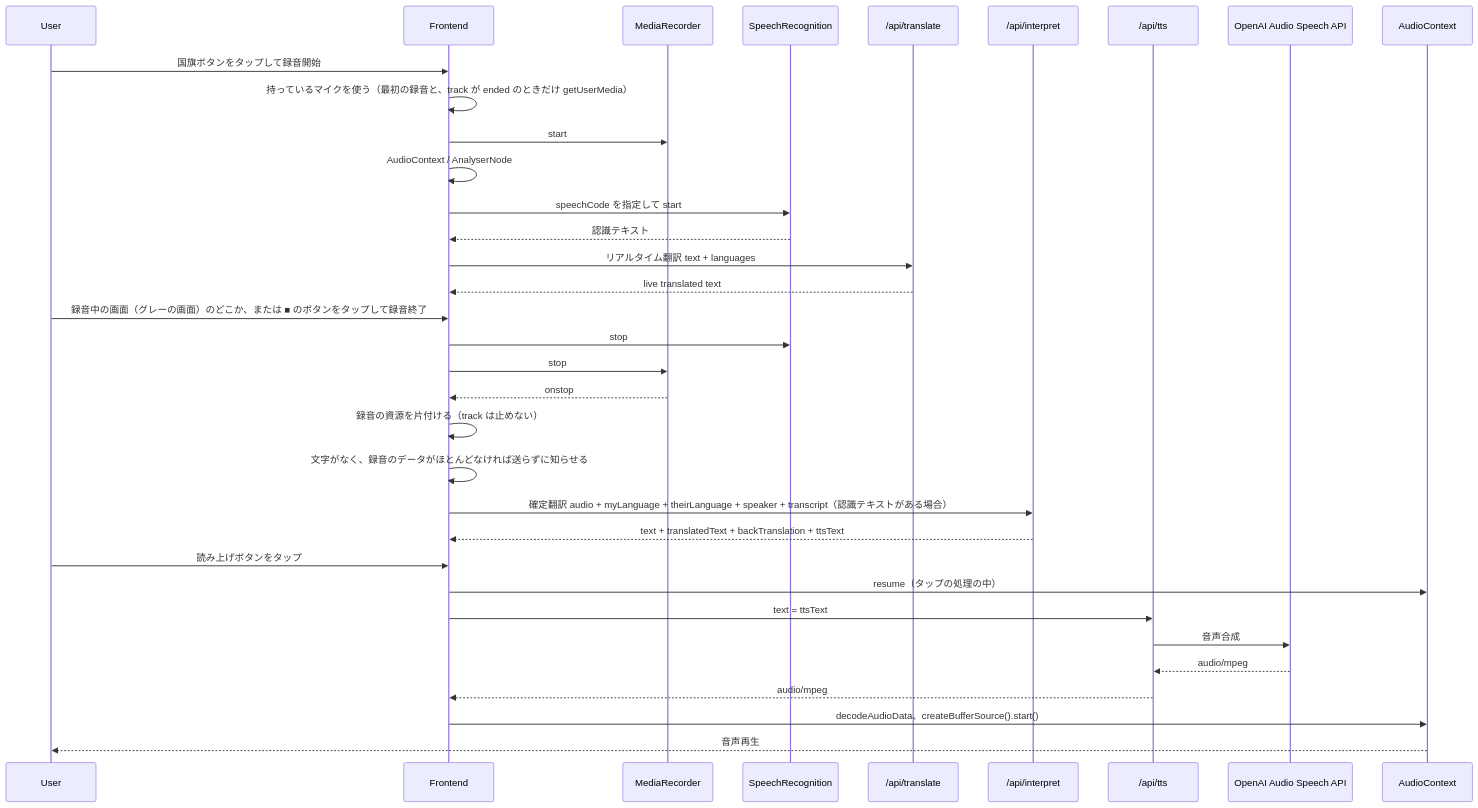
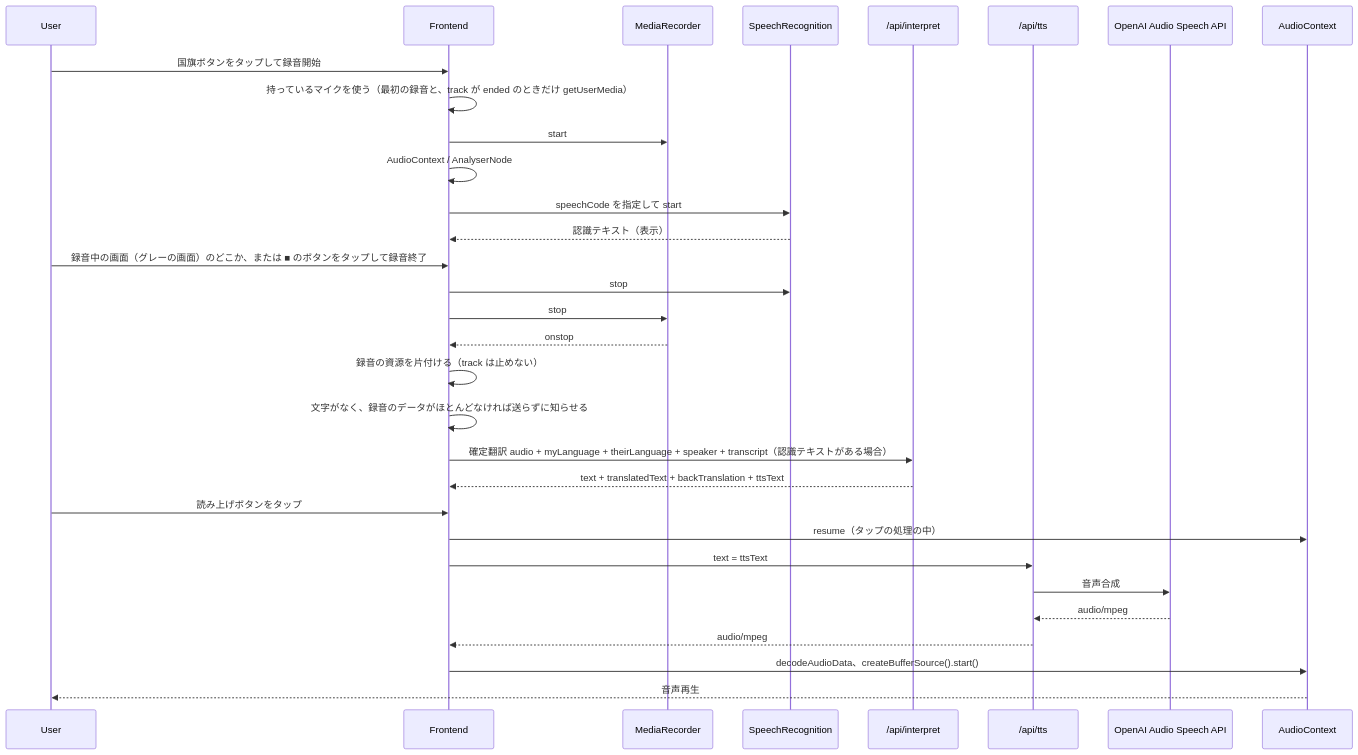
One commit to shin-arita/gotalk changed the first of 2 diagrams in docs/speech-flow.md. Above: the diagram before and after it, drawn with Mermaid. The commit also changed other lines of this file and 12 other files, not shown here.

````diff
--- a/docs/speech-flow.md
+++ b/docs/speech-flow.md
@@ -21,37 +21,34 @@
 ```mermaid
 sequenceDiagram
   participant User as User
   participant FE as Frontend
   participant MR as MediaRecorder
   participant SR as SpeechRecognition
-  participant TR as /api/translate
   participant IN as /api/interpret
   participant TTSAPI as /api/tts
   participant Speech as OpenAI Audio Speech API
   participant Audio as AudioContext
 
   User->>FE: 国旗ボタンをタップして録音開始
   FE->>FE: 持っているマイクを使う（最初の録音と、track が ended のときだけ getUserMedia）
   FE->>MR: start
   FE->>FE: AudioContext / AnalyserNode
   FE->>SR: speechCode を指定して start
-  SR-->>FE: 認識テキスト
-  FE->>TR: リアルタイム翻訳 text + languages
-  TR-->>FE: live translated text
+  SR-->>FE: 認識テキスト（表示）
   User->>FE: 録音中の画面（グレーの画面）のどこか、または ■ のボタンをタップして録音終了
   FE->>SR: stop
   FE->>MR: stop
   MR-->>FE: onstop
   FE->>FE: 録音の資源を片付ける（track は止めない）
   FE->>FE: 文字がなく、録音のデータがほとんどなければ送らずに知らせる
   FE->>IN: 確定翻訳 audio + myLanguage + theirLanguage + speaker + transcript（認識テキストがある場合）
   IN-->>FE: text + translatedText + backTranslation + ttsText
   User->>FE: 読み上げボタンをタップ
   FE->>Audio: resume（タップの処理の中）
   FE->>TTSAPI: text = ttsText
   TTSAPI->>Speech: 音声合成
   Speech-->>TTSAPI: audio/mpeg
   TTSAPI-->>FE: audio/mpeg
   FE->>Audio: decodeAudioData、createBufferSource().start()
   Audio-->>User: 音声再生
 ```
````
